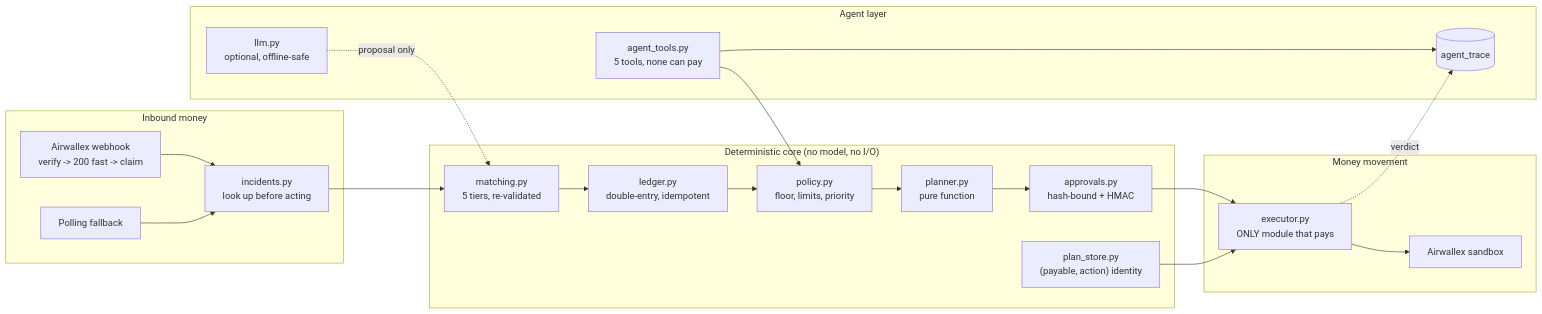
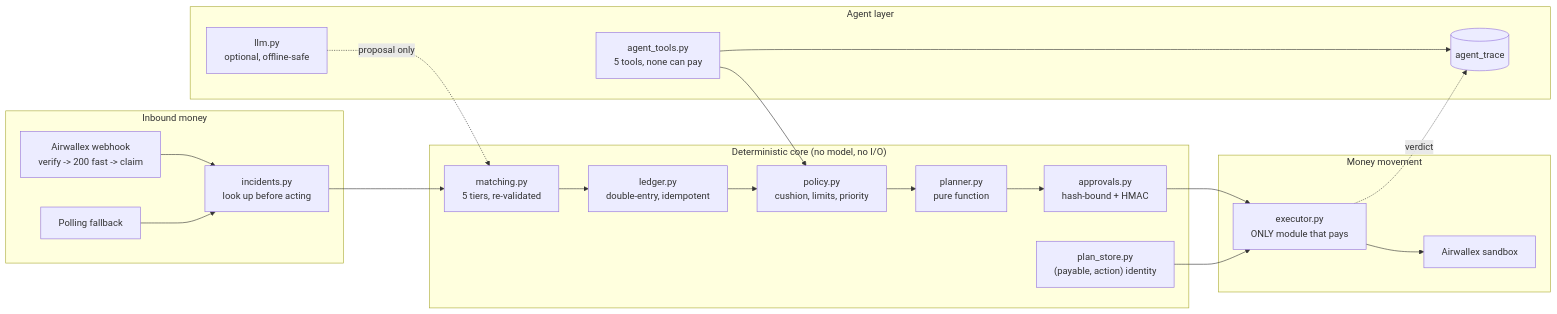
One commit to cipoklean/closebook changed the diagram in README.md. Above: the diagram before and after it, drawn with Mermaid. The commit also changed other lines of this file and 6 other files, not shown here.

````diff
--- a/README.md
+++ b/README.md
@@ -174,41 +192,41 @@
 ```mermaid
 flowchart LR
     subgraph inbound["Inbound money"]
         WH["Airwallex webhook<br/>verify -> 200 fast -> claim"]
         POLL["Polling fallback"]
         WH --> INC["incidents.py<br/>look up before acting"]
         POLL --> INC
     end
 
     subgraph deterministic["Deterministic core (no model, no I/O)"]
         MATCH["matching.py<br/>5 tiers, re-validated"]
         LEDGER["ledger.py<br/>double-entry, idempotent"]
-        POLICY["policy.py<br/>floor, limits, priority"]
+        POLICY["policy.py<br/>cushion, limits, priority"]
         PLANNER["planner.py<br/>pure function"]
         APPR["approvals.py<br/>hash-bound + HMAC"]
         STORE["plan_store.py<br/>(payable, action) identity"]
     end
 
     subgraph agent["Agent layer"]
         LLM["llm.py<br/>optional, offline-safe"]
         TOOLS["agent_tools.py<br/>5 tools, none can pay"]
         LLM -.proposal only.-> MATCH
         TOOLS --> TRACE[("agent_trace")]
     end
 
     subgraph money["Money movement"]
         EXEC["executor.py<br/>ONLY module that pays"]
         AWX["Airwallex sandbox"]
     end
 
     INC --> MATCH
     MATCH --> LEDGER
     LEDGER --> POLICY
     POLICY --> PLANNER
     PLANNER --> APPR
     APPR --> EXEC
     STORE --> EXEC
     EXEC --> AWX
     TOOLS --> POLICY
     EXEC -.verdict.-> TRACE
 ```
````
